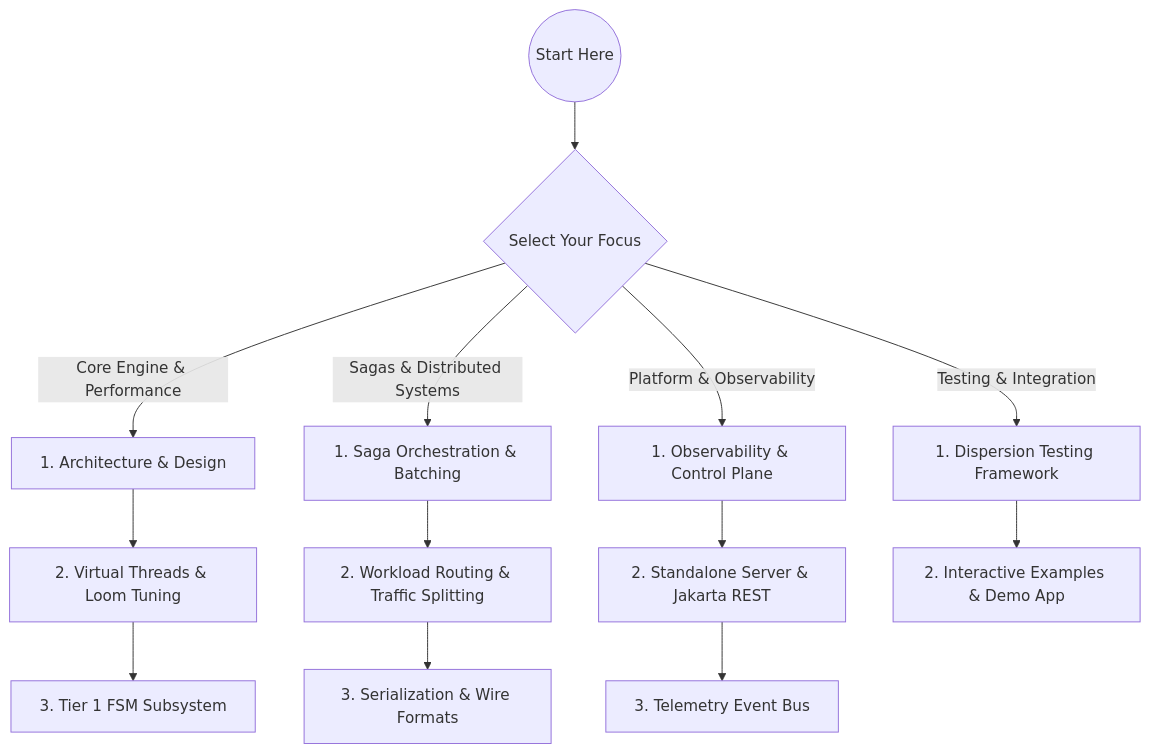
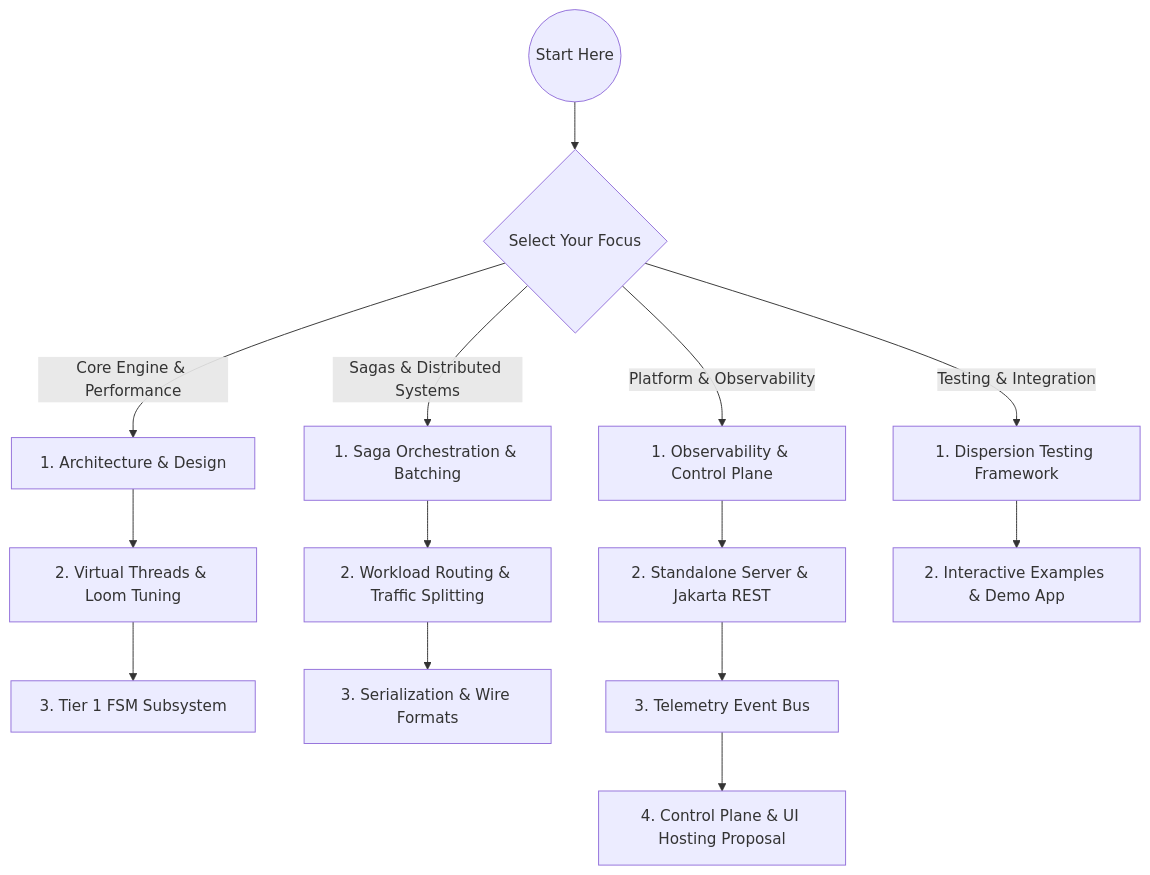
Before and after one commit to f442y/dispersion: the diagram in docs/README.md, drawn with Mermaid. The commit also changed other lines of this file and 1 other file, not shown here.

Commit message:
docs(design): control-plane-service-and-ui-hosting-design.md

````diff
--- a/docs/README.md
+++ b/docs/README.md
@@ -11,19 +11,20 @@
 ```mermaid
 graph TD
     START((Start Here)) --> PATH{Select Your Focus}
 
     PATH -->|Core Engine & Performance| P1[1. Architecture & Design]
     P1 --> P2[2. Virtual Threads & Loom Tuning]
     P2 --> P3[3. Tier 1 FSM Subsystem]
 
     PATH -->|Sagas & Distributed Systems| S1[1. Saga Orchestration & Batching]
     S1 --> S2[2. Workload Routing & Traffic Splitting]
     S2 --> S3[3. Serialization & Wire Formats]
 
     PATH -->|Platform & Observability| O1[1. Observability & Control Plane]
     O1 --> O2[2. Standalone Server & Jakarta REST]
     O2 --> O3[3. Telemetry Event Bus]
+    O3 --> O4[4. Control Plane & UI Hosting Proposal]
 
     PATH -->|Testing & Integration| T1[1. Dispersion Testing Framework]
     T1 --> T2[2. Interactive Examples & Demo App]
 ```
````
